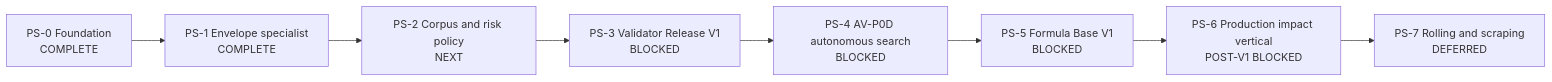
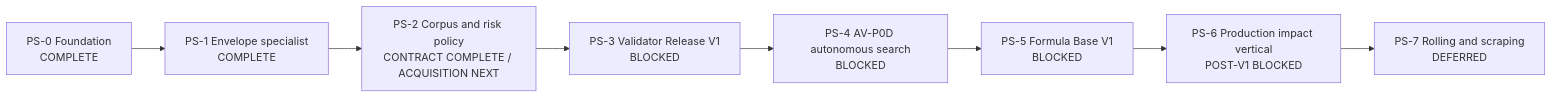
Before and after one commit to kaifaty/NextEngine: the diagram in docs/plans/physical-sound-synthesis-roadmap.md, drawn with Mermaid. The commit also changed other lines of this file and 6 other files, not shown here.

````diff
--- a/docs/plans/physical-sound-synthesis-roadmap.md
+++ b/docs/plans/physical-sound-synthesis-roadmap.md
@@ -91,10 +91,10 @@
 ```mermaid
 flowchart LR
     PS0["PS-0 Foundation<br/>COMPLETE"] --> PS1["PS-1 Envelope specialist<br/>COMPLETE"]
-    PS1 --> PS2["PS-2 Corpus and risk policy<br/>NEXT"]
+    PS1 --> PS2["PS-2 Corpus and risk policy<br/>CONTRACT COMPLETE / ACQUISITION NEXT"]
     PS2 --> PS3["PS-3 Validator Release V1<br/>BLOCKED"]
     PS3 --> PS4["PS-4 AV-P0D autonomous search<br/>BLOCKED"]
     PS4 --> PS5["PS-5 Formula Base V1<br/>BLOCKED"]
     PS5 --> PS6["PS-6 Production impact vertical<br/>POST-V1 BLOCKED"]
     PS6 --> PS7["PS-7 Rolling and scraping<br/>DEFERRED"]
 ```
````
